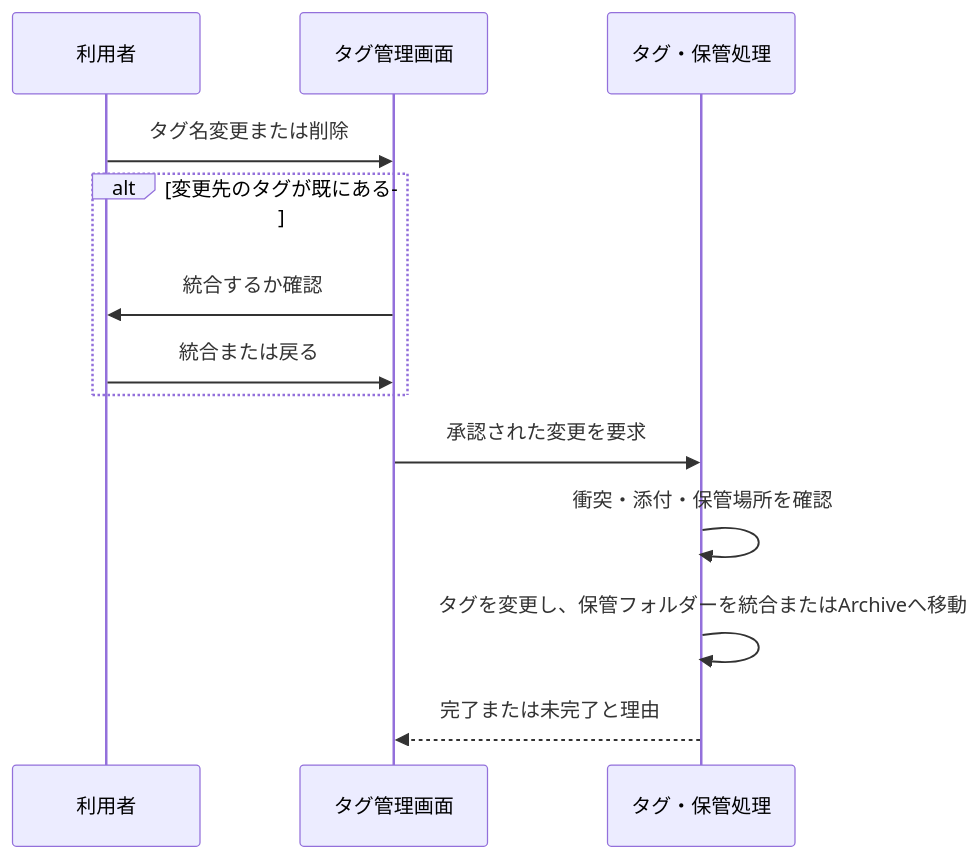
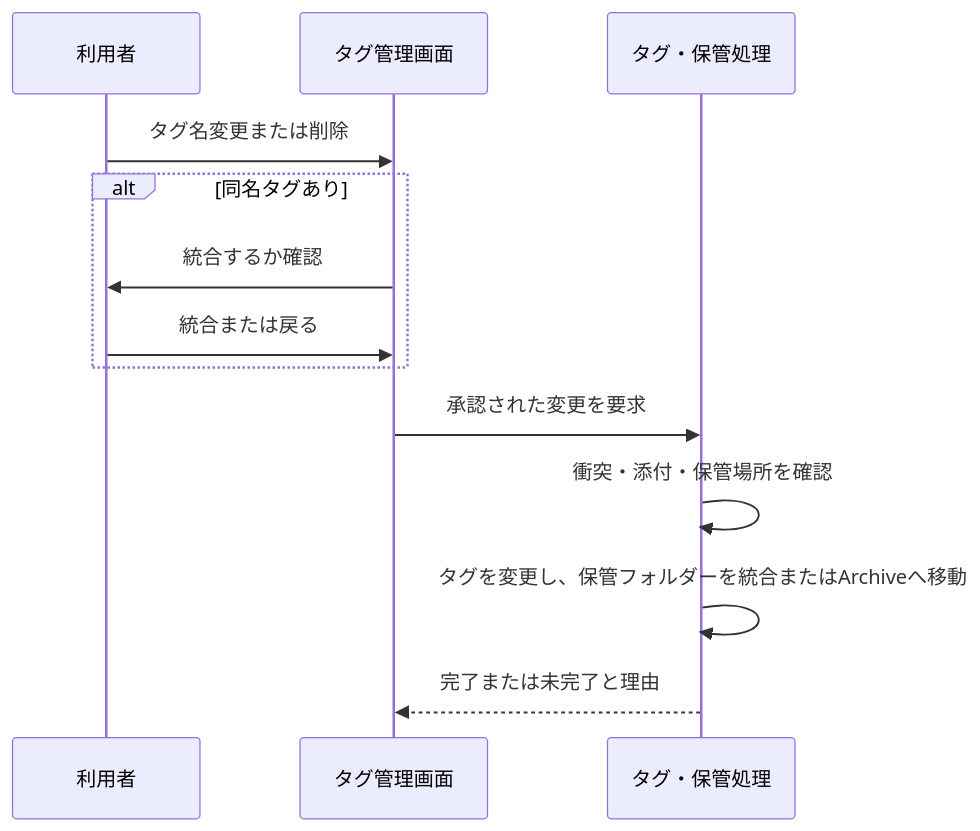
Diagram 18 of 27 in docs-v2/002_PC.md (ore-no-fusen/ore-no-fusen), drawn with Mermaid before and after one commit. The commit also changed other lines of this file and 10 other files, not shown here.

````diff
--- a/docs-v2/002_PC.md
+++ b/docs-v2/002_PC.md
@@ -1742,15 +1744,15 @@
 ```mermaid
 sequenceDiagram
     participant U as 利用者
     participant Q as タグ管理画面
     participant R as タグ・保管処理
     U->>Q: タグ名変更または削除
-    alt 変更先のタグが既にある
+    alt 同名タグあり
         Q->>U: 統合するか確認
         U->>Q: 統合または戻る
     end
     Q->>R: 承認された変更を要求
     R->>R: 衝突・添付・保管場所を確認
     R->>R: タグを変更し、保管フォルダーを統合またはArchiveへ移動
     R-->>Q: 完了または未完了と理由
 ```
````
